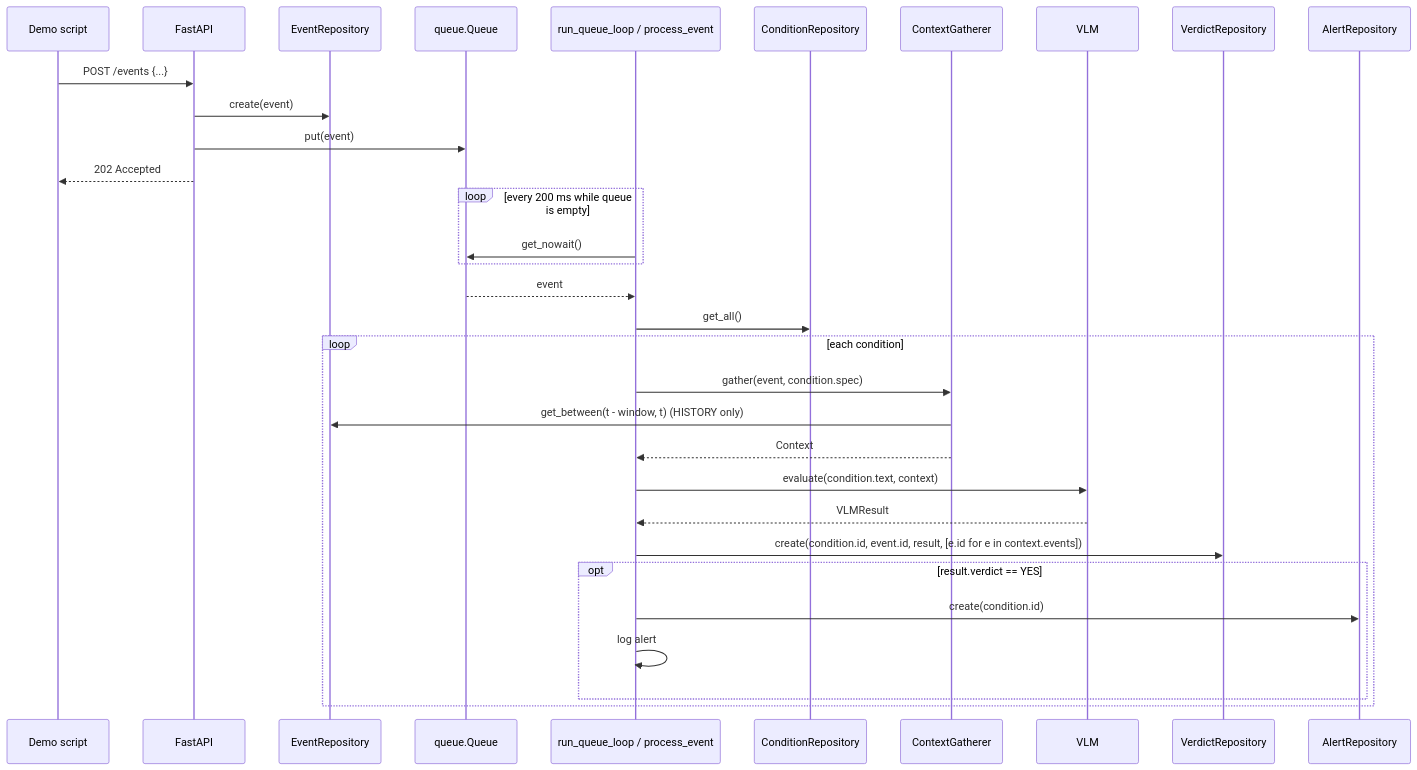
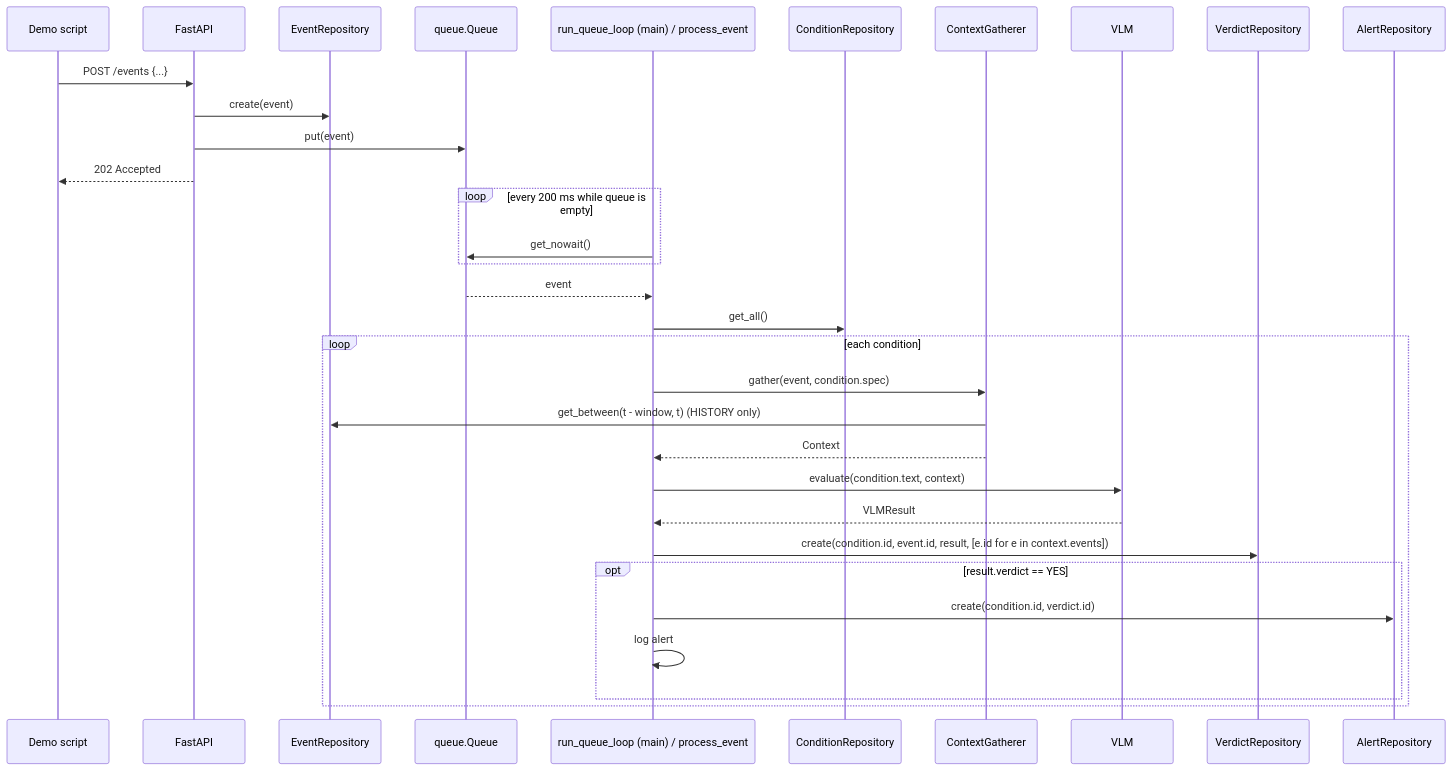
The sixth of 6 diagrams in doc/class-diagrams.md (Xeena2812/adrec-hw), drawn with Mermaid before and after one commit. The commit also changed other lines of this file and 13 other files, not shown here.

````diff
--- a/doc/class-diagrams.md
+++ b/doc/class-diagrams.md
@@ -296,36 +317,36 @@
 ```mermaid
 sequenceDiagram
     participant D as Demo script
     participant API as FastAPI
     participant ER as EventRepository
     participant Q as queue.Queue
-    participant L as run_queue_loop / process_event
+    participant L as run_queue_loop (main) / process_event
     participant CR as ConditionRepository
     participant G as ContextGatherer
     participant V as VLM
     participant VR as VerdictRepository
     participant AR as AlertRepository
 
     D->>API: POST /events {...}
     API->>ER: create(event)
     API->>Q: put(event)
     API-->>D: 202 Accepted
 
     loop every 200 ms while queue is empty
         L->>Q: get_nowait()
     end
     Q-->>L: event
     L->>CR: get_all()
     loop each condition
         L->>G: gather(event, condition.spec)
         G->>ER: get_between(t - window, t)  (HISTORY only)
         G-->>L: Context
         L->>V: evaluate(condition.text, context)
         V-->>L: VLMResult
         L->>VR: create(condition.id, event.id, result, [e.id for e in context.events])
         opt result.verdict == YES
-            L->>AR: create(condition.id)
+            L->>AR: create(condition.id, verdict.id)
             L->>L: log alert
         end
     end
 ```
````
